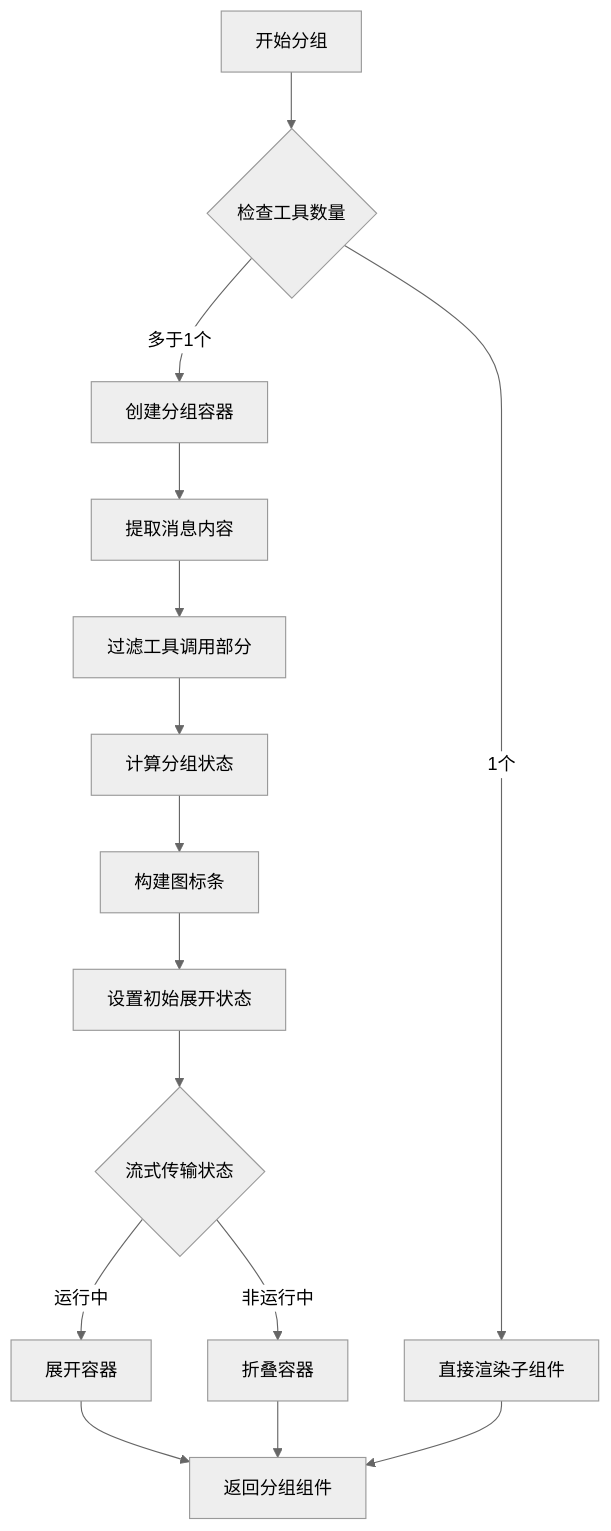
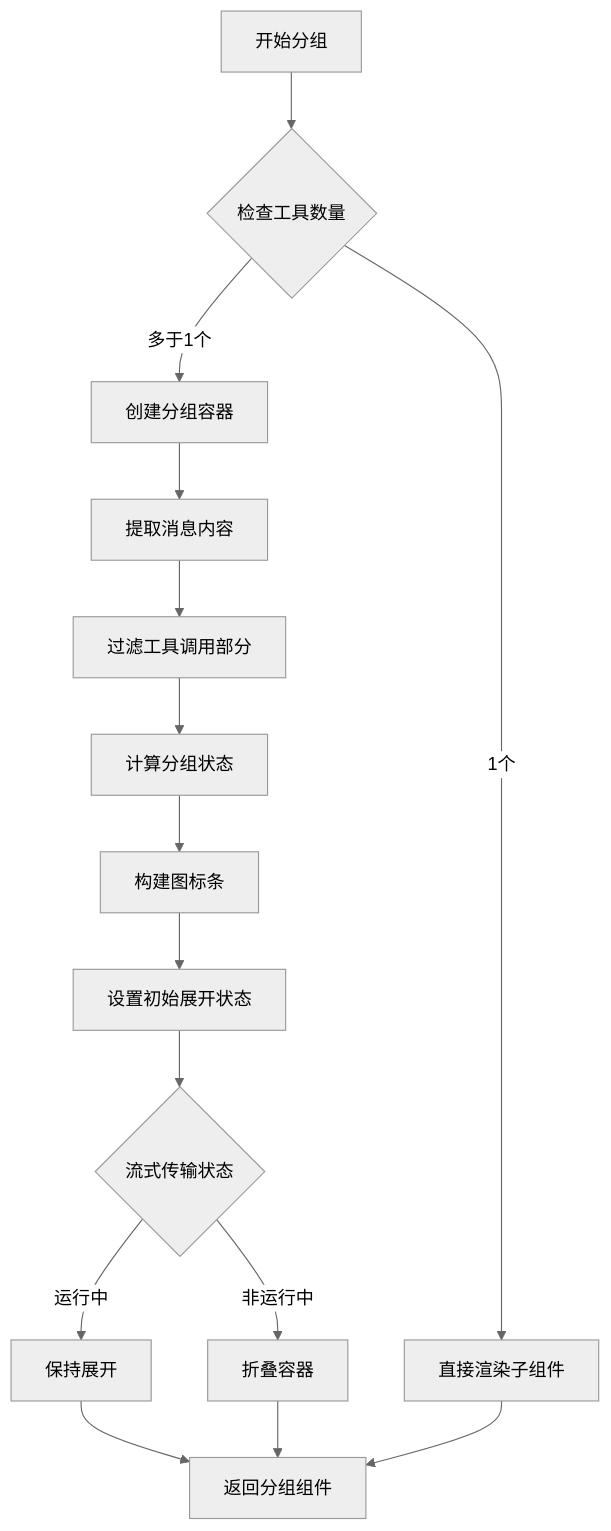
Before and after one commit to verse-ai-org/openclaw: the fourth of 9 diagrams in .qoder/repowiki/zh/content/Web界面/UI组件系统/工具调用分组组件.md, drawn with Mermaid (neutral theme). The commit also changed other lines of this file and 23 other files, not shown here.

````diff
--- a/.qoder/repowiki/zh/content/Web界面/UI组件系统/工具调用分组组件.md
+++ b/.qoder/repowiki/zh/content/Web界面/UI组件系统/工具调用分组组件.md
@@ -169,17 +221,17 @@
 ```mermaid
 flowchart TD
 A[开始分组] --> B{检查工具数量}
 B --> |1个| C[直接渲染子组件]
 B --> |多于1个| D[创建分组容器]
 D --> E[提取消息内容]
 E --> F[过滤工具调用部分]
 F --> G[计算分组状态]
 G --> H[构建图标条]
 H --> I[设置初始展开状态]
 I --> J{流式传输状态}
-J --> |运行中| K[展开容器]
+J --> |运行中| K[保持展开]
 J --> |非运行中| L[折叠容器]
 K --> M[返回分组组件]
 L --> M
 C --> M
 ```
````
